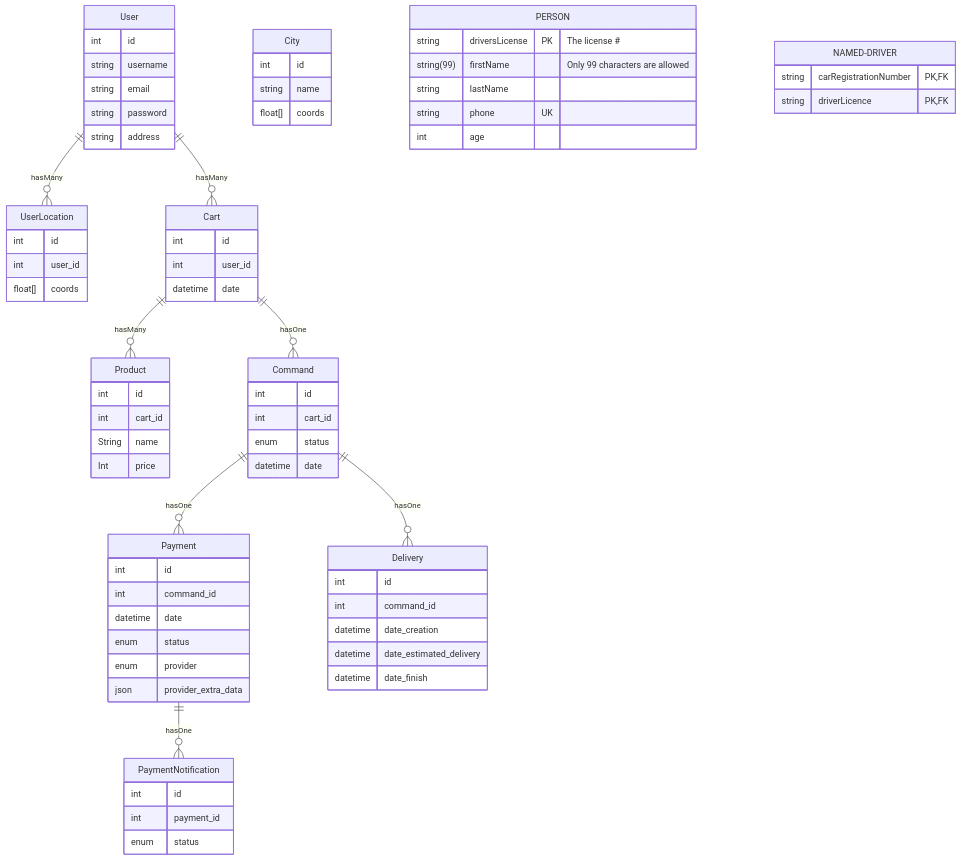
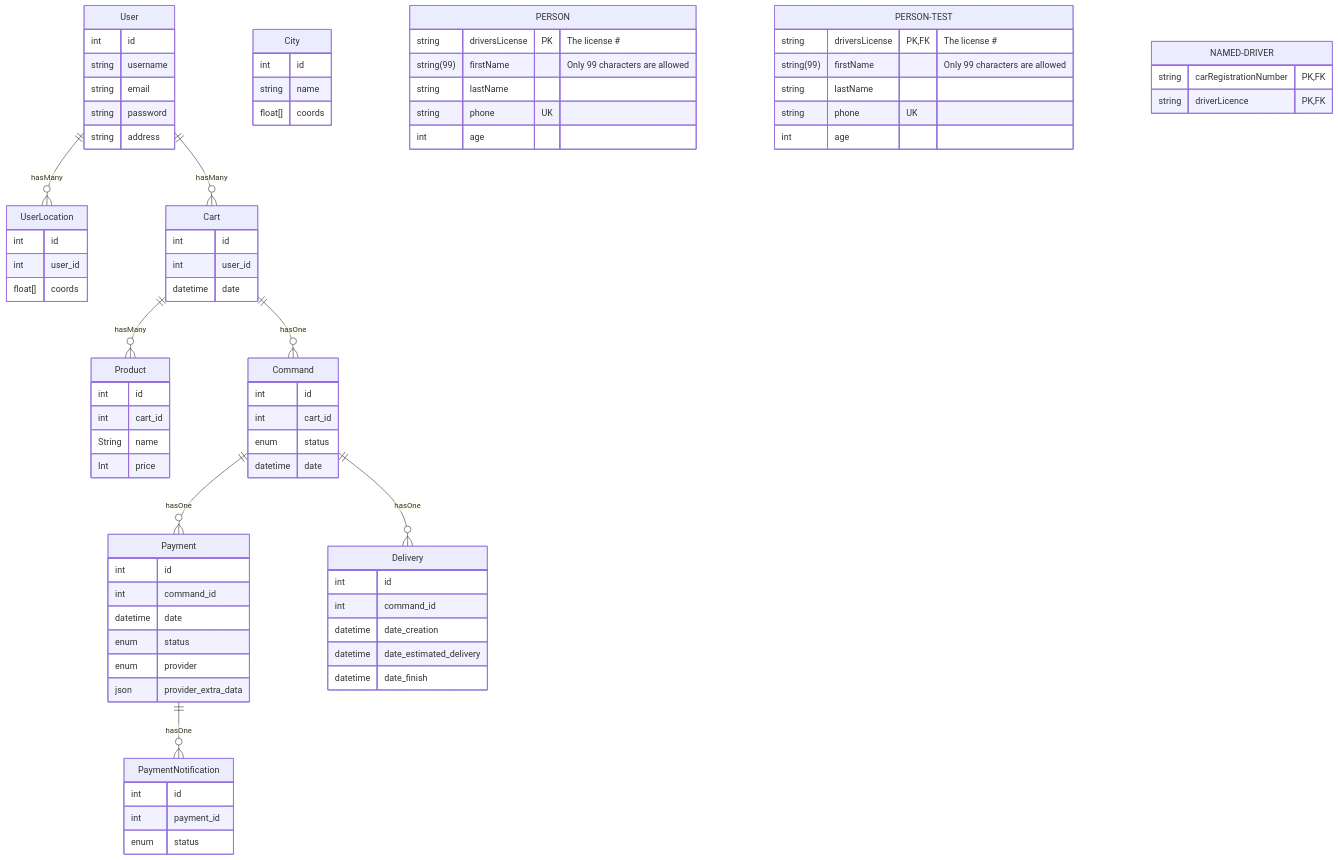
One commit to joussin/api_allopico_old changed the first of 6 diagrams in readme.md. Above: the diagram before and after it, drawn with Mermaid.

```diff
--- a/readme.md
+++ b/readme.md
@@ -109,6 +109,15 @@
         string phone UK
         int age
     }
+    
+     PERSON-TEST {
+        string driversLicense PK, FK "The license #"
+        string(99) firstName "Only 99 characters are allowed"
+        string lastName
+        string phone UK
+        int age
+    }
+    
     NAMED-DRIVER {
         string carRegistrationNumber PK, FK
         string driverLicence PK, FK
```
